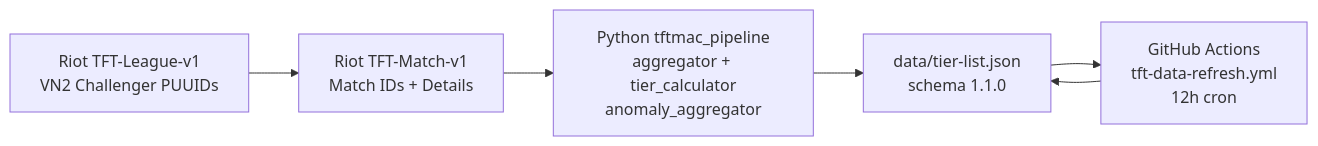
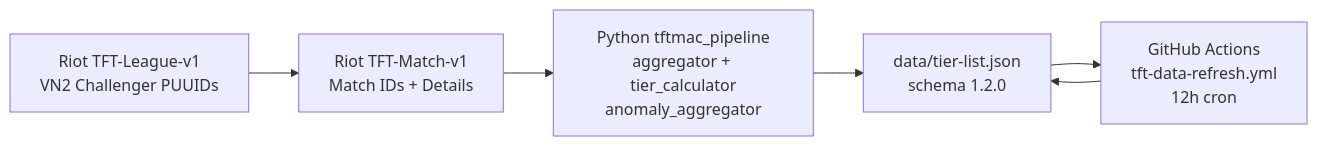
Before and after one commit to psychomafia-tiger/tft-hell-elo-for-macos: the second of 2 diagrams in docs/system-architecture.md, drawn with Mermaid. The commit also changed other lines of this file and 3 other files, not shown here.

````diff
--- a/docs/system-architecture.md
+++ b/docs/system-architecture.md
@@ -104,8 +104,8 @@
 ```mermaid
 flowchart LR
     A["Riot TFT-League-v1\nVN2 Challenger PUUIDs"] --> B["Riot TFT-Match-v1\nMatch IDs + Details"]
     B --> C["Python tftmac_pipeline\naggregator + tier_calculator\nanomaly_aggregator"]
-    C --> D["data/tier-list.json\nschema 1.1.0"]
+    C --> D["data/tier-list.json\nschema 1.2.0"]
     D --> E["GitHub Actions\ntft-data-refresh.yml\n12h cron"]
     E --> D
 ```
````
